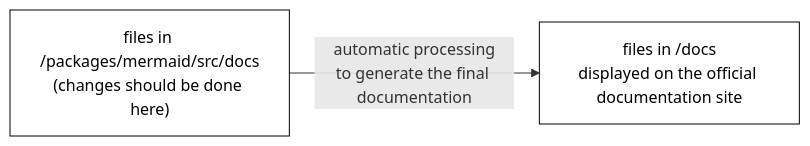
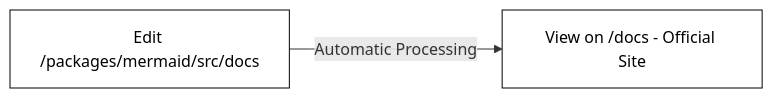
One commit to mermaid-js/mermaid changed the diagram in docs/community/documentation.md. Above: the diagram before and after it, drawn with Mermaid. The commit also changed other lines of this file and 1 other file, not shown here.

````diff
--- a/docs/community/documentation.md
+++ b/docs/community/documentation.md
@@ -34,7 +29,5 @@
 ```mermaid
 flowchart LR
   classDef default fill:#fff,color:black,stroke:black
-
-  source["files in /packages/mermaid/src/docs\n(changes should be done here)"] -- automatic processing\nto generate the final documentation--> published["files in /docs\ndisplayed on the official documentation site"]
-
+  source["Edit /packages/mermaid/src/docs"] -->|Automatic Processing| published["View on /docs - Official Site"]
 ```
````
